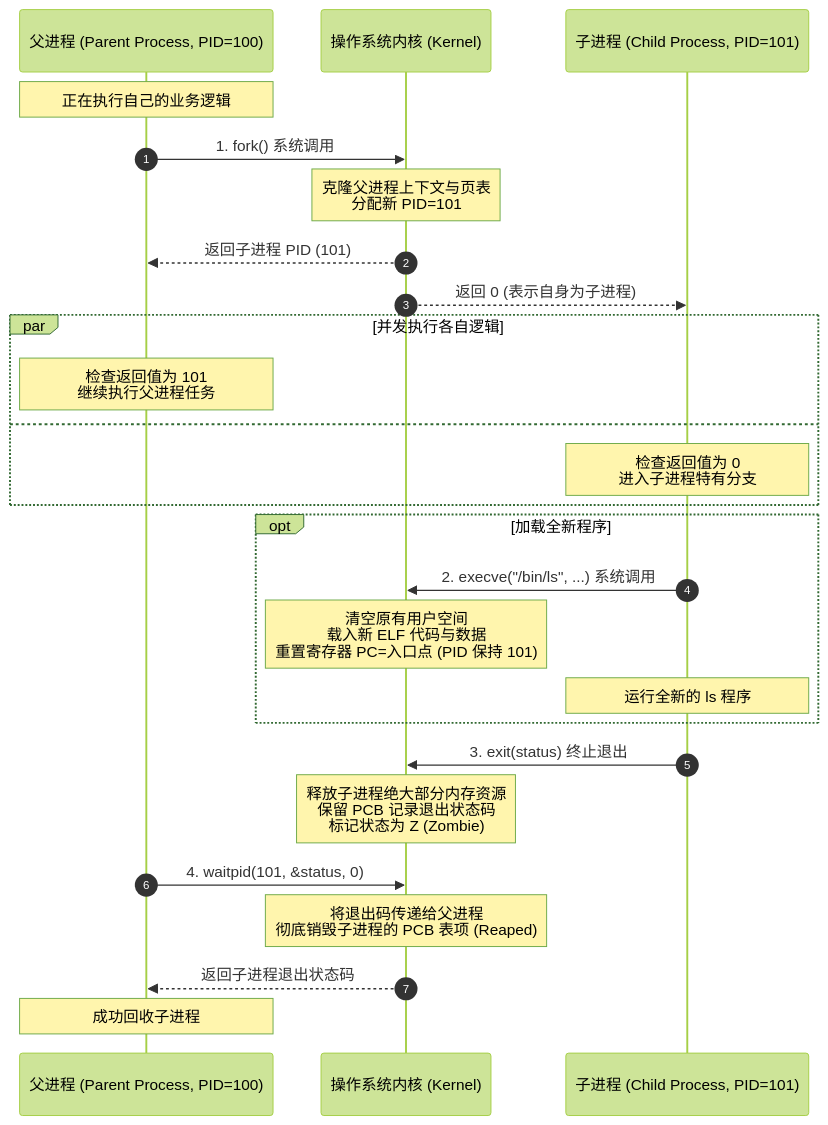
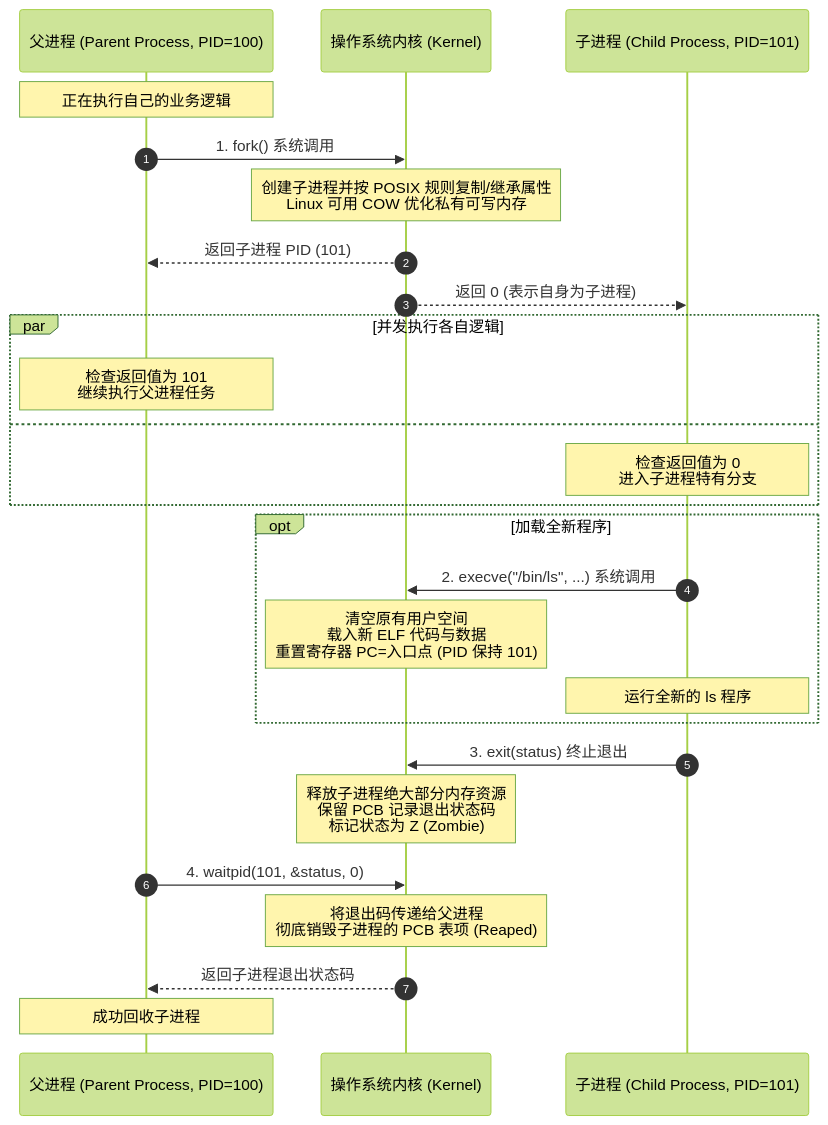
Before and after one commit to CN-JJB/essential-cs: the diagram in book/06-processes-syscalls-execution-context/L06-02.md, drawn with Mermaid (forest theme). The commit also changed other lines of this file, not shown here.

````diff
--- a/book/06-processes-syscalls-execution-context/L06-02.md
+++ b/book/06-processes-syscalls-execution-context/L06-02.md
@@ -36,33 +36,33 @@
 ```mermaid
 sequenceDiagram
     autonumber
     participant P as 父进程 (Parent Process, PID=100)
     participant K as 操作系统内核 (Kernel)
     participant C as 子进程 (Child Process, PID=101)
 
     Note over P: 正在执行自己的业务逻辑
     P->>K: 1. fork() 系统调用
-    Note over K: 克隆父进程上下文与页表<br/>分配新 PID=101
+    Note over K: 创建子进程并按 POSIX 规则复制/继承属性<br/>Linux 可用 COW 优化私有可写内存
     K-->>P: 返回子进程 PID (101)
     K-->>C: 返回 0 (表示自身为子进程)
 
     par 并发执行各自逻辑
         Note over P: 检查返回值为 101<br/>继续执行父进程任务
     and
         Note over C: 检查返回值为 0<br/>进入子进程特有分支
     end
 
     opt 加载全新程序
         C->>K: 2. execve("/bin/ls", ...) 系统调用
         Note over K: 清空原有用户空间<br/>载入新 ELF 代码与数据<br/>重置寄存器 PC=入口点 (PID 保持 101)
         Note over C: 运行全新的 ls 程序
     end
 
     C->>K: 3. exit(status) 终止退出
     Note over K: 释放子进程绝大部分内存资源<br/>保留 PCB 记录退出状态码<br/>标记状态为 Z (Zombie)
 
     P->>K: 4. waitpid(101, &status, 0)
     Note over K: 将退出码传递给父进程<br/>彻底销毁子进程的 PCB 表项 (Reaped)
     K-->>P: 返回子进程退出状态码
     Note over P: 成功回收子进程
 ```
````
